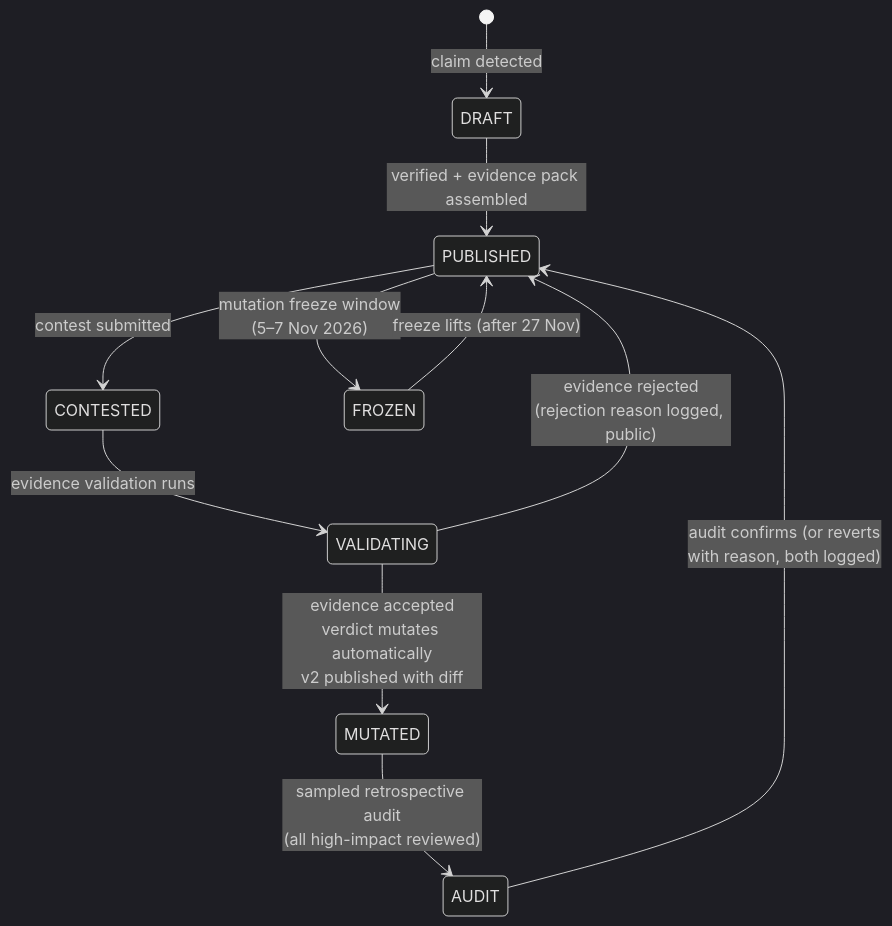
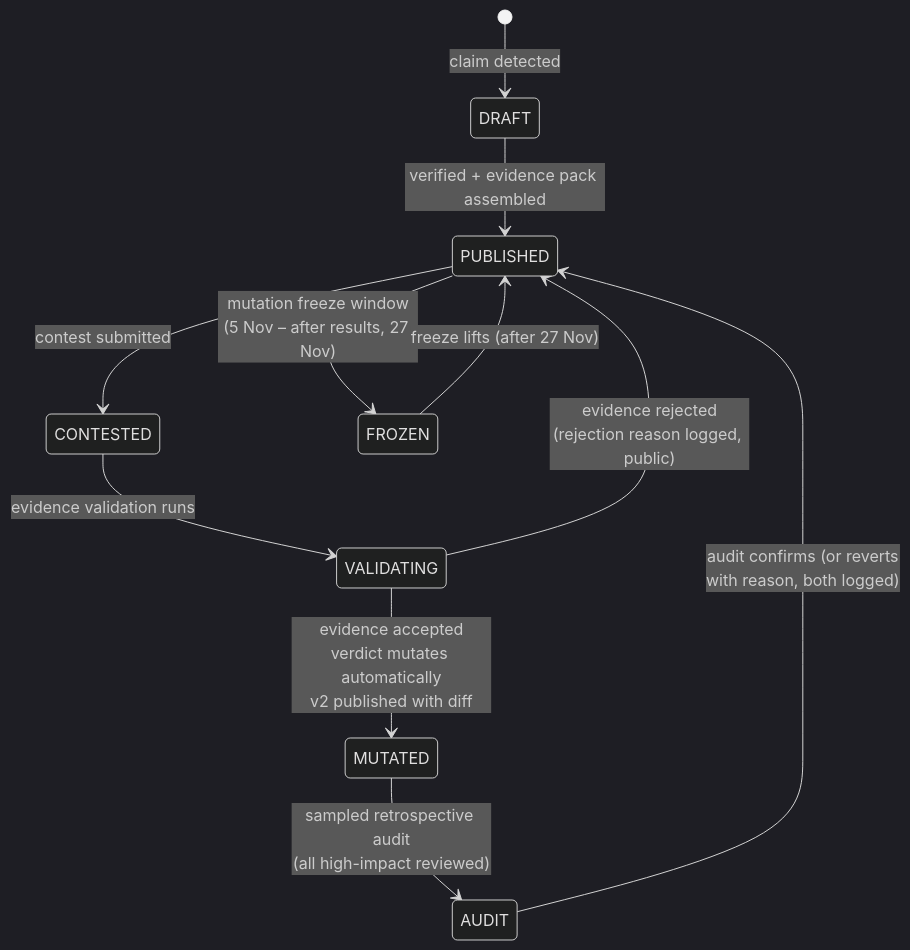
One commit to bradleyscott/claimwatch-nz changed the third of 5 diagrams in docs/ARCHITECTURE.md. Above: the diagram before and after it, drawn with Mermaid (dark theme). The commit also changed other lines of this file and 30 other files, not shown here.

````diff
--- a/docs/ARCHITECTURE.md
+++ b/docs/ARCHITECTURE.md
@@ -89,13 +85,13 @@
 ```mermaid
 stateDiagram-v2
     [*] --> DRAFT: claim detected
     DRAFT --> PUBLISHED: verified + evidence pack assembled
     PUBLISHED --> CONTESTED: contest submitted
     CONTESTED --> VALIDATING: evidence validation runs
     VALIDATING --> PUBLISHED: evidence rejected<br/>(rejection reason logged, public)
     VALIDATING --> MUTATED: evidence accepted<br/>verdict mutates automatically<br/>v2 published with diff
     MUTATED --> AUDIT: sampled retrospective audit<br/>(all high-impact reviewed)
     AUDIT --> PUBLISHED: audit confirms (or reverts<br/>with reason, both logged)
-    PUBLISHED --> FROZEN: mutation freeze window<br/>(5–7 Nov 2026)
+    PUBLISHED --> FROZEN: mutation freeze window<br/>(5 Nov – after results, 27 Nov)
     FROZEN --> PUBLISHED: freeze lifts (after 27 Nov)
 ```
````
